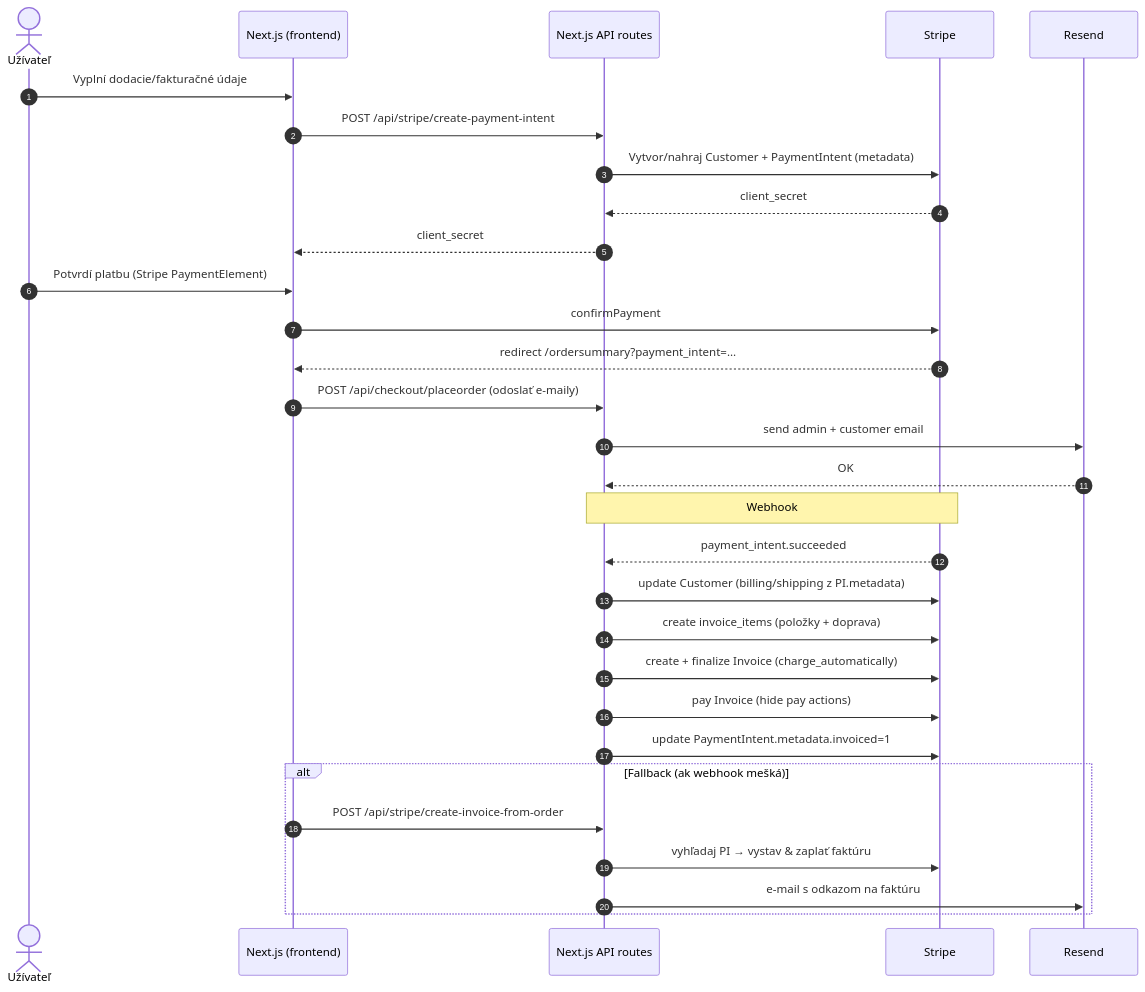
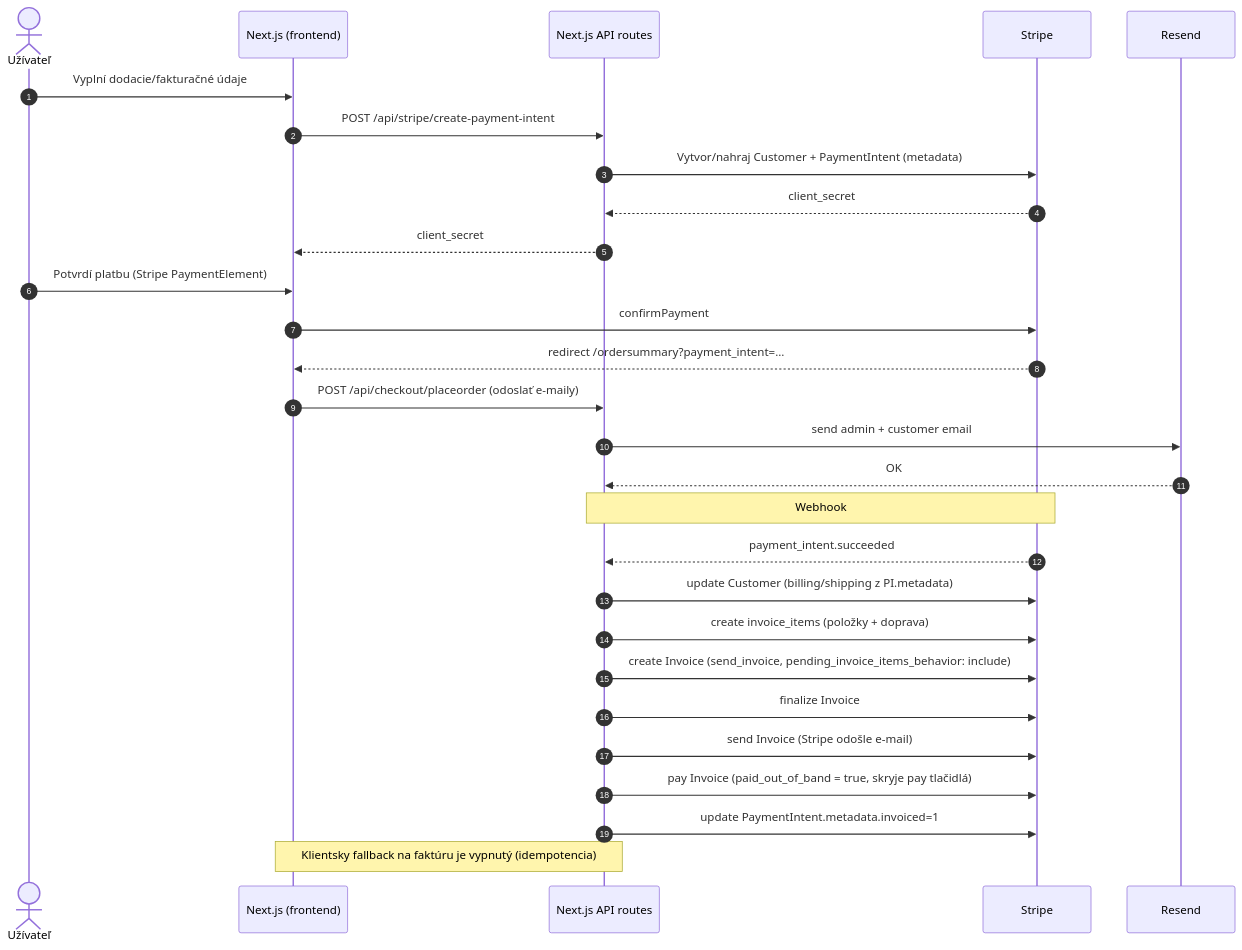
One commit to Abra7abra7/vino-putec changed the diagram in README.md. Above: the diagram before and after it, drawn with Mermaid. The commit also changed other lines of this file, not shown here.

Commit message:
Docs: aktualizovaný README – Stripe fakturácia (finalize→send→pay), webhooky, testovanie, checklist

````diff
--- a/README.md
+++ b/README.md
@@ -41,37 +41,35 @@
 ```mermaid
 sequenceDiagram
   autonumber
   actor U as Užívateľ
   participant FE as Next.js (frontend)
   participant API as Next.js API routes
   participant S as Stripe
   participant R as Resend
 
   U->>FE: Vyplní dodacie/fakturačné údaje
   FE->>API: POST /api/stripe/create-payment-intent
   API->>S: Vytvor/nahraj Customer + PaymentIntent (metadata)
   S-->>API: client_secret
   API-->>FE: client_secret
 
   U->>FE: Potvrdí platbu (Stripe PaymentElement)
   FE->>S: confirmPayment
   S-->>FE: redirect /ordersummary?payment_intent=…
 
   FE->>API: POST /api/checkout/placeorder (odoslať e‑maily)
   API->>R: send admin + customer email
   R-->>API: OK
 
   Note over S,API: Webhook
   S-->>API: payment_intent.succeeded
   API->>S: update Customer (billing/shipping z PI.metadata)
   API->>S: create invoice_items (položky + doprava)
-  API->>S: create + finalize Invoice (charge_automatically)
-  API->>S: pay Invoice (hide pay actions)
+  API->>S: create Invoice (send_invoice, pending_invoice_items_behavior: include)
+  API->>S: finalize Invoice
+  API->>S: send Invoice (Stripe odošle e‑mail)
+  API->>S: pay Invoice (paid_out_of_band = true, skryje pay tlačidlá)
   API->>S: update PaymentIntent.metadata.invoiced=1
 
-  alt Fallback (ak webhook mešká)
-    FE->>API: POST /api/stripe/create-invoice-from-order
-    API->>S: vyhľadaj PI → vystav & zaplať faktúru
-    API->>R: e‑mail s odkazom na faktúru
-  end
+  Note over FE,API: Klientsky fallback na faktúru je vypnutý (idempotencia)
 ```
````
